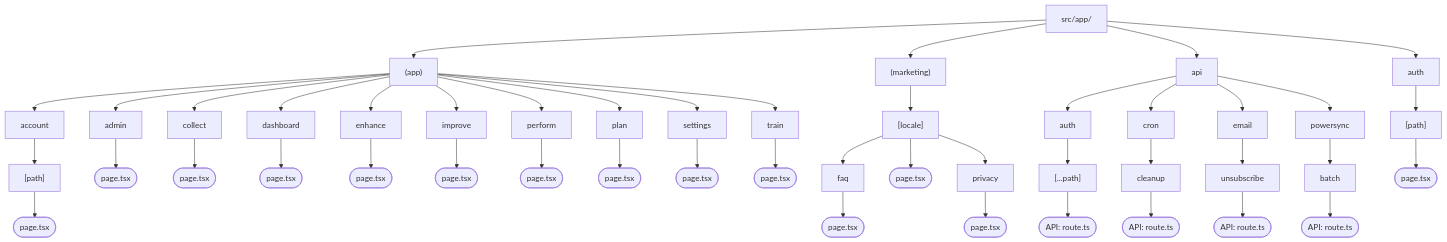
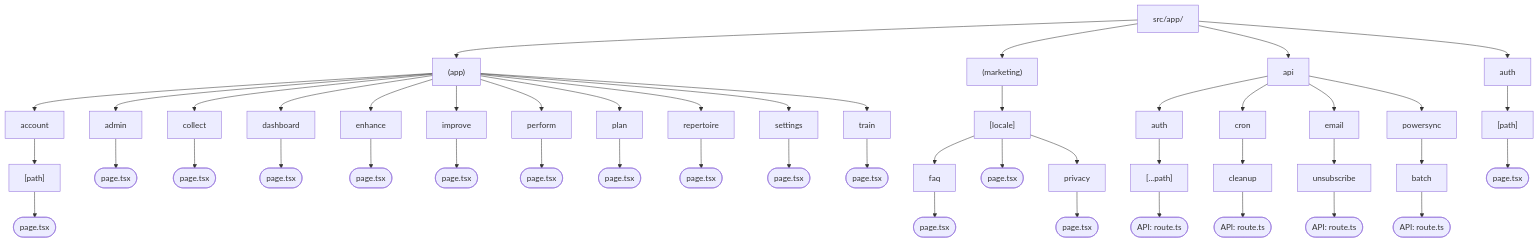
Before and after one commit to julienroussel/tml: the diagram in docs/diagrams/route-map.md, drawn with Mermaid. The commit also changed 94 other files, not shown here.

````diff
--- a/docs/diagrams/route-map.md
+++ b/docs/diagrams/route-map.md
@@ -7,49 +7,51 @@
 ```mermaid
 graph TD
   root["src/app/"]
   root --> n0["(app)"]
   n0 --> n1["account"]
   n1 --> n2["[path]"]
   n2 --> n3(["page.tsx"])
   n0 --> n4["admin"]
   n4 --> n5(["page.tsx"])
   n0 --> n6["collect"]
   n6 --> n7(["page.tsx"])
   n0 --> n8["dashboard"]
   n8 --> n9(["page.tsx"])
   n0 --> n10["enhance"]
   n10 --> n11(["page.tsx"])
   n0 --> n12["improve"]
   n12 --> n13(["page.tsx"])
   n0 --> n15["perform"]
   n15 --> n16(["page.tsx"])
   n0 --> n17["plan"]
   n17 --> n18(["page.tsx"])
-  n0 --> n19["settings"]
+  n0 --> n19["repertoire"]
   n19 --> n20(["page.tsx"])
-  n0 --> n21["train"]
+  n0 --> n21["settings"]
   n21 --> n22(["page.tsx"])
-  root --> n23["(marketing)"]
-  n23 --> n24["[locale]"]
-  n24 --> n25["faq"]
-  n25 --> n26(["page.tsx"])
-  n24 --> n28(["page.tsx"])
-  n24 --> n29["privacy"]
-  n29 --> n30(["page.tsx"])
-  root --> n31["api"]
-  n31 --> n32["auth"]
-  n32 --> n33["[...path]"]
-  n33 --> n34(["API: route.ts"])
-  n31 --> n35["cron"]
-  n35 --> n36["cleanup"]
-  n36 --> n37(["API: route.ts"])
-  n31 --> n38["email"]
-  n38 --> n39["unsubscribe"]
-  n39 --> n40(["API: route.ts"])
-  n31 --> n41["powersync"]
-  n41 --> n42["batch"]
-  n42 --> n43(["API: route.ts"])
-  root --> n44["auth"]
-  n44 --> n45["[path]"]
-  n45 --> n46(["page.tsx"])
+  n0 --> n23["train"]
+  n23 --> n24(["page.tsx"])
+  root --> n25["(marketing)"]
+  n25 --> n26["[locale]"]
+  n26 --> n27["faq"]
+  n27 --> n28(["page.tsx"])
+  n26 --> n30(["page.tsx"])
+  n26 --> n31["privacy"]
+  n31 --> n32(["page.tsx"])
+  root --> n33["api"]
+  n33 --> n34["auth"]
+  n34 --> n35["[...path]"]
+  n35 --> n36(["API: route.ts"])
+  n33 --> n37["cron"]
+  n37 --> n38["cleanup"]
+  n38 --> n39(["API: route.ts"])
+  n33 --> n40["email"]
+  n40 --> n41["unsubscribe"]
+  n41 --> n42(["API: route.ts"])
+  n33 --> n43["powersync"]
+  n43 --> n44["batch"]
+  n44 --> n45(["API: route.ts"])
+  root --> n46["auth"]
+  n46 --> n47["[path]"]
+  n47 --> n48(["page.tsx"])
 ```
````
